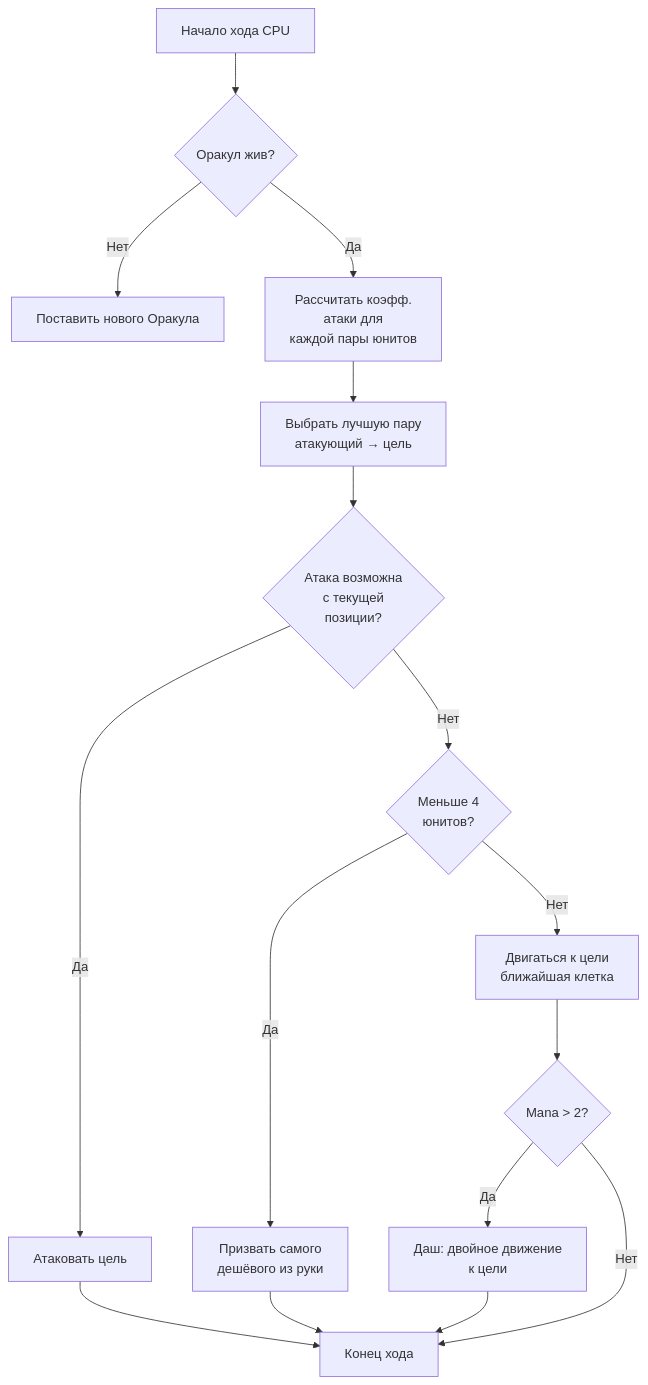
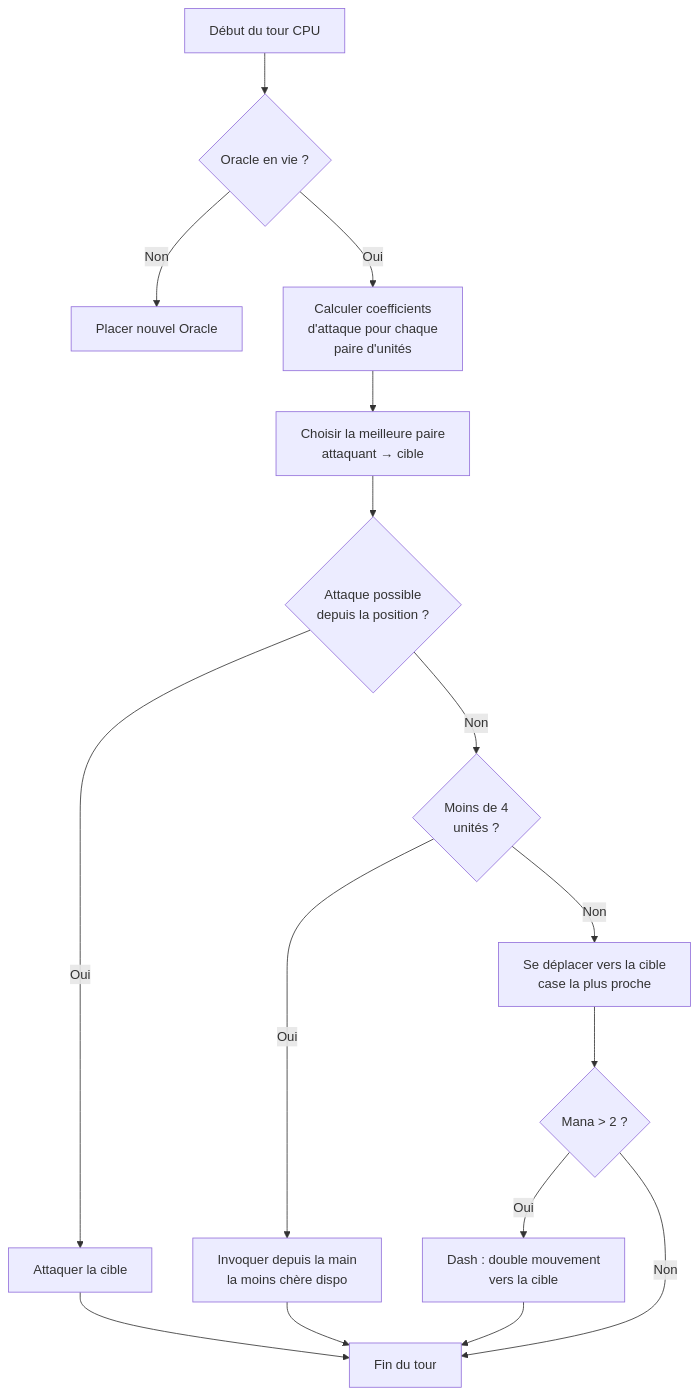
One commit to fox3000foxy/fox3000foxy.github.io changed the diagram in public/articles/ru/nausicaa-ai.md. Above: the diagram before and after it, drawn with Mermaid. The commit also changed other lines of this file and 576 other files, not shown here.

````diff
--- a/public/articles/ru/nausicaa-ai.md
+++ b/public/articles/ru/nausicaa-ai.md
@@ -141,18 +141,18 @@
 ```mermaid
 flowchart TD
-    A[Начало хода CPU] --> B{Оракул жив?}
-    B -->|Нет| C[Поставить нового Оракула]
-    B -->|Да| D[Рассчитать коэфф.\nатаки для\nкаждой пары юнитов]
-    D --> E[Выбрать лучшую пару\nатакующий → цель]
-    E --> F{Атака возможна\nс текущей\nпозиции?}
-    F -->|Да| G[Атаковать цель]
-    F -->|Нет| H{Меньше 4\nюнитов?}
-    H -->|Да| I[Призвать самого\nдешёвого из руки]
-    H -->|Нет| J[Двигаться к цели\nближайшая клетка]
-    J --> K{Mana > 2?}
-    K -->|Да| L[Даш: двойное движение\nк цели]
-    K -->|Нет| M[Конец хода]
+    A[Début du tour CPU] --> B{Oracle en vie ?}
+    B -->|Non| C[Placer nouvel Oracle]
+    B -->|Oui| D[Calculer coefficients\nd'attaque pour chaque\npaire d'unités]
+    D --> E[Choisir la meilleure paire\nattaquant → cible]
+    E --> F{Attaque possible\ndepuis la position ?}
+    F -->|Oui| G[Attaquer la cible]
+    F -->|Non| H{Moins de 4\nunités ?}
+    H -->|Oui| I[Invoquer depuis la main\nla moins chère dispo]
+    H -->|Non| J[Se déplacer vers la cible\ncase la plus proche]
+    J --> K{Mana > 2 ?}
+    K -->|Oui| L[Dash : double mouvement\nvers la cible]
+    K -->|Non| M[Fin du tour]
     G --> M
     I --> M
     L --> M
 ```
````
